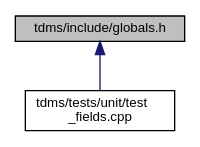
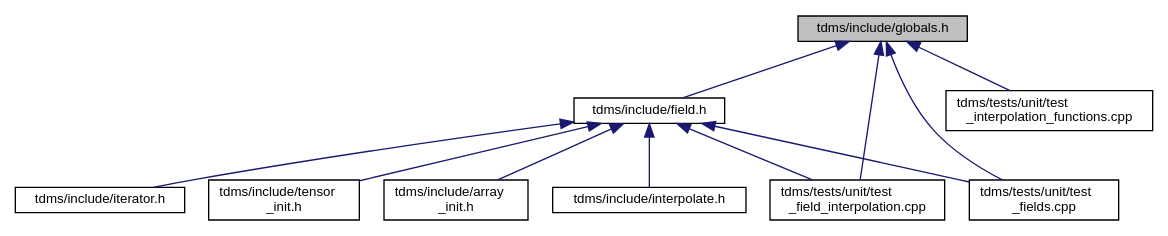
Before and after one commit to UCL/TDMS: the diagram in globals_8h__dep__incl.dot, drawn with Graphviz. The commit also changed 173 other files, not shown here.

```diff
--- a/globals_8h__dep__incl.dot
+++ b/globals_8h__dep__incl.dot
@@ -1,9 +1,25 @@
 digraph "tdms/include/globals.h"
 {
  // LATEX_PDF_SIZE
   edge [fontname="Helvetica",fontsize="10",labelfontname="Helvetica",labelfontsize="10"];
   node [fontname="Helvetica",fontsize="10",shape=record];
   Node1 [label="tdms/include/globals.h",height=0.2,width=0.4,color="black", fillcolor="grey75", style="filled", fontcolor="black",tooltip="Type definitions and global constants."];
   Node1 -> Node2 [dir="back",color="midnightblue",fontsize="10",style="solid",fontname="Helvetica"];
-  Node2 [label="tdms/tests/unit/test\l_fields.cpp",height=0.2,width=0.4,color="black", fillcolor="white", style="filled",URL="$test__fields_8cpp.html",tooltip="Test of the Field class and subclasses."];
+  Node2 [label="tdms/include/field.h",height=0.2,width=0.4,color="black", fillcolor="white", style="filled",URL="$field_8h.html",tooltip="Classes for the electric and magnetic (split) fields on a grid."];
+  Node2 -> Node3 [dir="back",color="midnightblue",fontsize="10",style="solid",fontname="Helvetica"];
+  Node3 [label="tdms/include/array\l_init.h",height=0.2,width=0.4,color="black", fillcolor="white", style="filled",URL="$array__init_8h.html",tooltip="A collection of functions for array initialisation given MATLAB pointers."];
+  Node2 -> Node4 [dir="back",color="midnightblue",fontsize="10",style="solid",fontname="Helvetica"];
+  Node4 [label="tdms/include/interpolate.h",height=0.2,width=0.4,color="black", fillcolor="white", style="filled",URL="$interpolate_8h.html",tooltip="Interpolation of field values within FDTD grid."];
+  Node2 -> Node5 [dir="back",color="midnightblue",fontsize="10",style="solid",fontname="Helvetica"];
+  Node5 [label="tdms/include/iterator.h",height=0.2,width=0.4,color="black", fillcolor="white", style="filled",URL="$iterator_8h.html",tooltip="The main time propogation algorithm."];
+  Node2 -> Node6 [dir="back",color="midnightblue",fontsize="10",style="solid",fontname="Helvetica"];
+  Node6 [label="tdms/include/tensor\l_init.h",height=0.2,width=0.4,color="black", fillcolor="white", style="filled",URL="$tensor__init_8h_source.html",tooltip=" "];
+  Node2 -> Node7 [dir="back",color="midnightblue",fontsize="10",style="solid",fontname="Helvetica"];
+  Node7 [label="tdms/tests/unit/test\l_field_interpolation.cpp",height=0.2,width=0.4,color="black", fillcolor="white", style="filled",URL="$test__field__interpolation_8cpp.html",tooltip="Tests interpolation of E- and H-fields and compares the errors against MATLAB benchmarks."];
+  Node2 -> Node8 [dir="back",color="midnightblue",fontsize="10",style="solid",fontname="Helvetica"];
+  Node8 [label="tdms/tests/unit/test\l_fields.cpp",height=0.2,width=0.4,color="black", fillcolor="white", style="filled",URL="$test__fields_8cpp.html",tooltip="Test of the Field class and subclasses."];
+  Node1 -> Node7 [dir="back",color="midnightblue",fontsize="10",style="solid",fontname="Helvetica"];
+  Node1 -> Node8 [dir="back",color="midnightblue",fontsize="10",style="solid",fontname="Helvetica"];
+  Node1 -> Node9 [dir="back",color="midnightblue",fontsize="10",style="solid",fontname="Helvetica"];
+  Node9 [label="tdms/tests/unit/test\l_interpolation_functions.cpp",height=0.2,width=0.4,color="black", fillcolor="white", style="filled",URL="$test__interpolation__functions_8cpp.html",tooltip="Tests the performance of the interpolation functions, using 1D data mimicing a coordinate axes."];
 }
```
